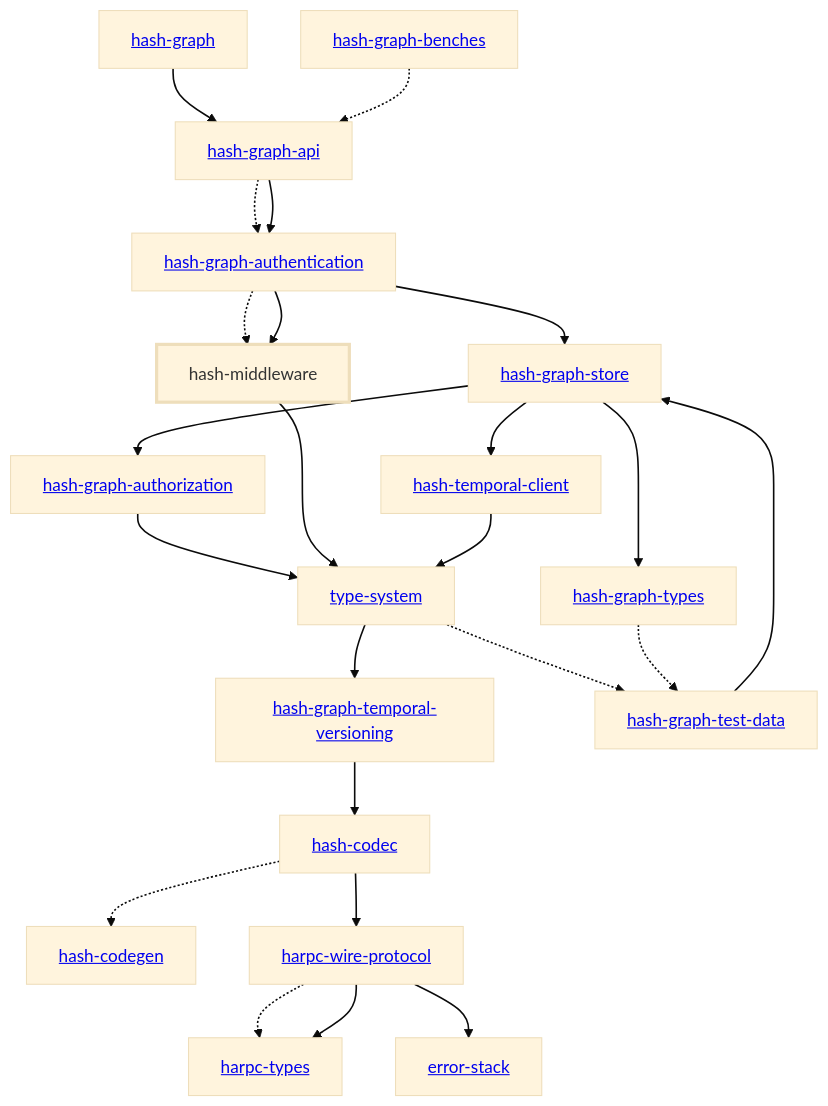
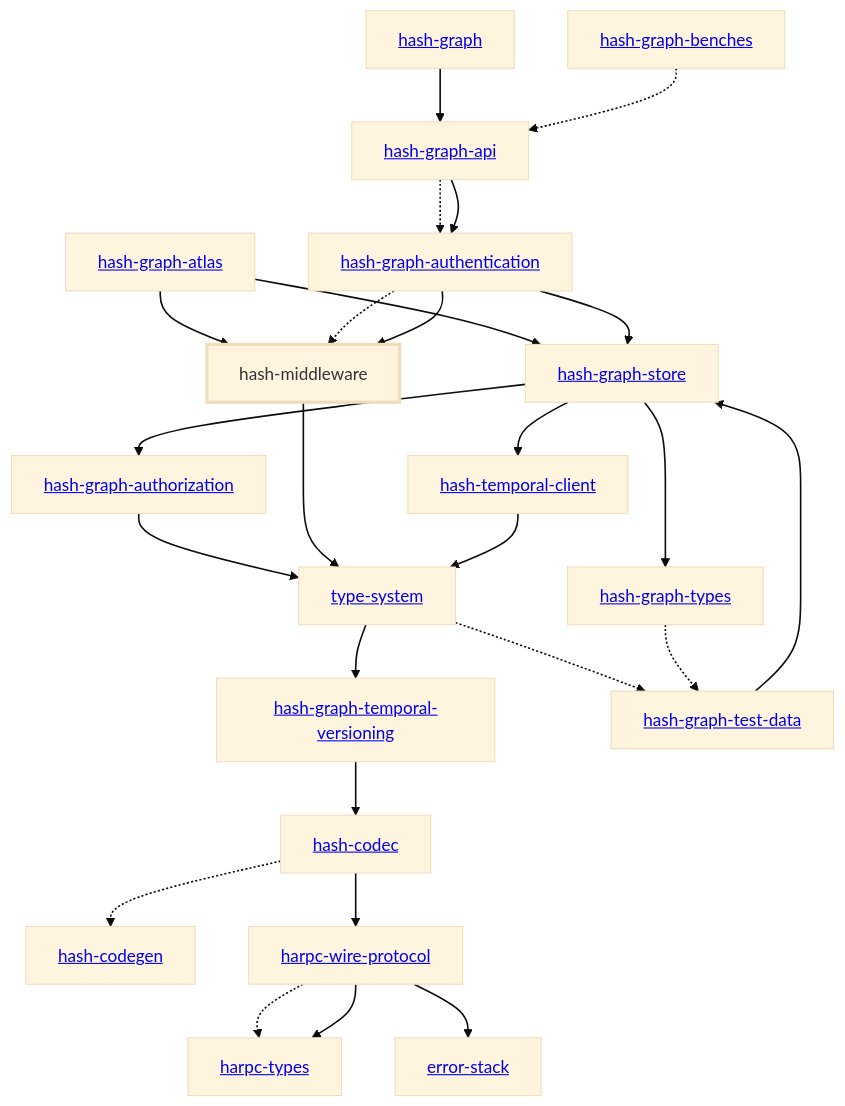
One commit to hashintel/hash changed the diagram in libs/@local/middleware/docs/dependency-diagram.mmd. Above: the diagram before and after it, drawn with Mermaid (base theme). The commit also changed 9 other files, not shown here.

Commit message:
chore: update rust dependency diagrams

```diff
--- a/libs/@local/middleware/docs/dependency-diagram.mmd
+++ b/libs/@local/middleware/docs/dependency-diagram.mmd
@@ -1,51 +1,54 @@
 graph TD
     linkStyle default stroke-width:1.5px
     classDef default stroke-width:1px
     classDef root stroke-width:3px
     classDef dev stroke-width:1px
     classDef build stroke-width:1px
     %% Legend
     %% --> : Normal dependency
     %% -.-> : Dev dependency
     %% ---> : Build dependency
     0[<a href="../hash_graph/index.html">hash-graph</a>]
     1[<a href="../type_system/index.html">type-system</a>]
     2[<a href="../hash_codec/index.html">hash-codec</a>]
     3[<a href="../hash_codegen/index.html">hash-codegen</a>]
     4[<a href="../hash_graph_api/index.html">hash-graph-api</a>]
-    5[<a href="../hash_graph_authentication/index.html">hash-graph-authentication</a>]
-    6[<a href="../hash_graph_authorization/index.html">hash-graph-authorization</a>]
-    7[<a href="../hash_graph_store/index.html">hash-graph-store</a>]
-    8[<a href="../hash_graph_temporal_versioning/index.html">hash-graph-temporal-versioning</a>]
-    9[<a href="../hash_graph_types/index.html">hash-graph-types</a>]
-    10[<a href="../harpc_types/index.html">harpc-types</a>]
-    11[<a href="../harpc_wire_protocol/index.html">harpc-wire-protocol</a>]
-    12[hash-middleware]
-    class 12 root
-    13[<a href="../hash_temporal_client/index.html">hash-temporal-client</a>]
-    14[<a href="../error_stack/index.html">error-stack</a>]
-    15[<a href="../hash_graph_benches/index.html">hash-graph-benches</a>]
-    16[<a href="../hash_graph_test_data/index.html">hash-graph-test-data</a>]
+    5[<a href="../hash_graph_atlas/index.html">hash-graph-atlas</a>]
+    6[<a href="../hash_graph_authentication/index.html">hash-graph-authentication</a>]
+    7[<a href="../hash_graph_authorization/index.html">hash-graph-authorization</a>]
+    8[<a href="../hash_graph_store/index.html">hash-graph-store</a>]
+    9[<a href="../hash_graph_temporal_versioning/index.html">hash-graph-temporal-versioning</a>]
+    10[<a href="../hash_graph_types/index.html">hash-graph-types</a>]
+    11[<a href="../harpc_types/index.html">harpc-types</a>]
+    12[<a href="../harpc_wire_protocol/index.html">harpc-wire-protocol</a>]
+    13[hash-middleware]
+    class 13 root
+    14[<a href="../hash_temporal_client/index.html">hash-temporal-client</a>]
+    15[<a href="../error_stack/index.html">error-stack</a>]
+    16[<a href="../hash_graph_benches/index.html">hash-graph-benches</a>]
+    17[<a href="../hash_graph_test_data/index.html">hash-graph-test-data</a>]
     0 --> 4
-    1 --> 8
-    1 -.-> 16
+    1 --> 9
+    1 -.-> 17
     2 -.-> 3
-    2 --> 11
-    4 -.-> 5
-    4 --> 5
-    5 --> 7
-    5 -.-> 12
-    5 --> 12
-    6 --> 1
-    7 --> 6
-    7 --> 9
-    7 --> 13
-    8 --> 2
-    9 -.-> 16
-    11 -.-> 10
-    11 --> 10
-    11 --> 14
-    12 --> 1
+    2 --> 12
+    4 -.-> 6
+    4 --> 6
+    5 --> 8
+    5 --> 13
+    6 --> 8
+    6 -.-> 13
+    6 --> 13
+    7 --> 1
+    8 --> 7
+    8 --> 10
+    8 --> 14
+    9 --> 2
+    10 -.-> 17
+    12 -.-> 11
+    12 --> 11
+    12 --> 15
     13 --> 1
-    15 -.-> 4
-    16 --> 7
+    14 --> 1
+    16 -.-> 4
+    17 --> 8
```
